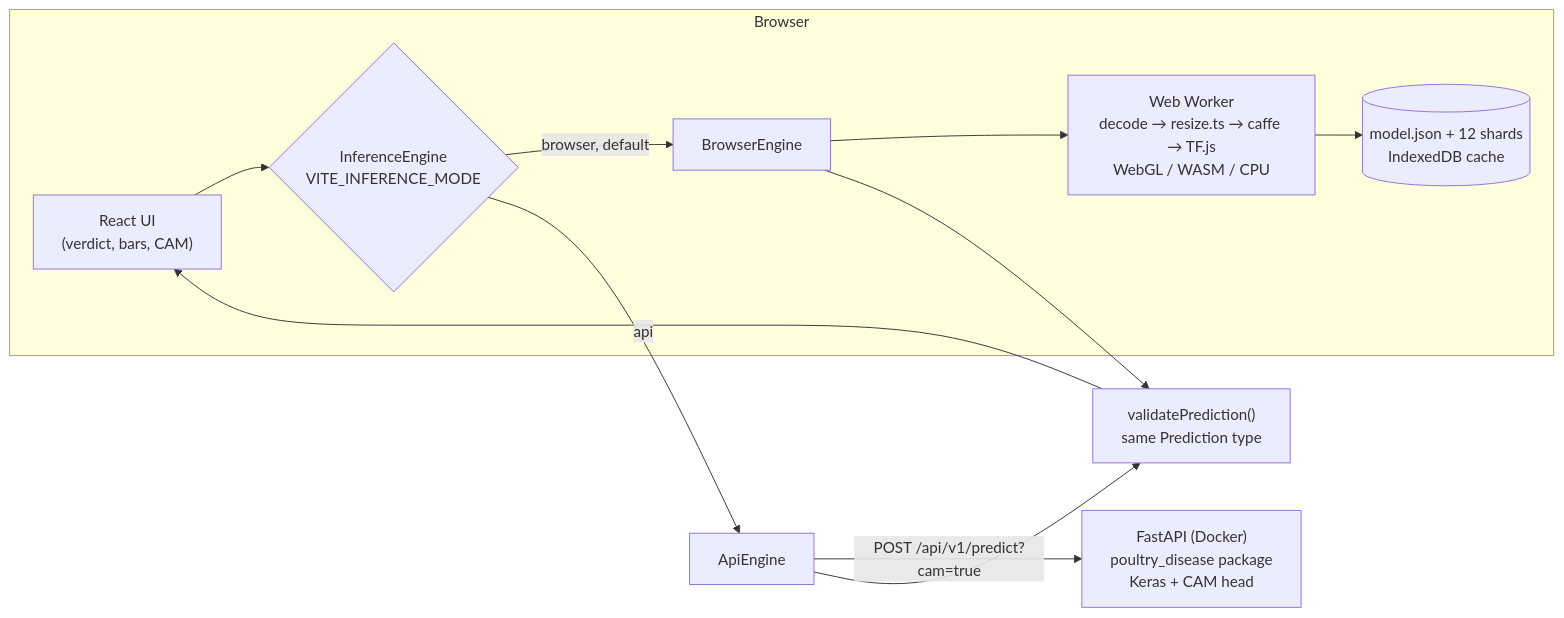
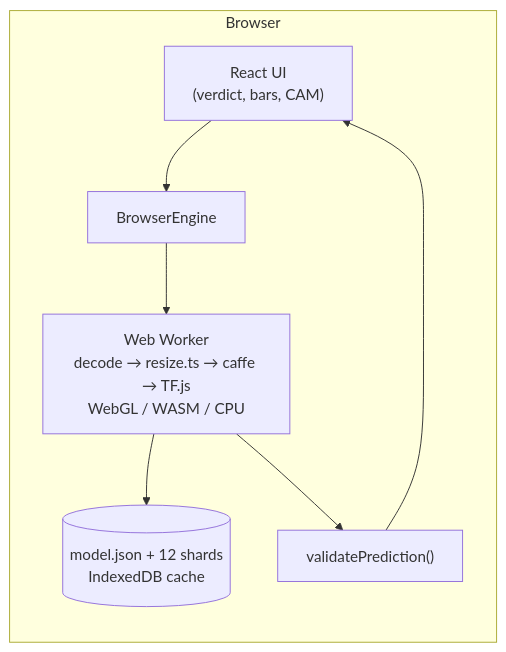
Before and after one commit to peerzadarabet1807/poultry-disease-detection: the second of 2 diagrams in README.md, drawn with Mermaid. The commit also changed other lines of this file and 4 other files, not shown here.

````diff
--- a/README.md
+++ b/README.md
@@ -348,13 +348,10 @@
 ```mermaid
 flowchart LR
   subgraph Browser
-    UI["React UI<br/>(verdict, bars, CAM)"] --> E{"InferenceEngine<br/>VITE_INFERENCE_MODE"}
-    E -->|browser, default| BE["BrowserEngine"]
+    UI["React UI<br/>(verdict, bars, CAM)"] --> BE["BrowserEngine"]
     BE --> W["Web Worker<br/>decode → resize.ts → caffe → TF.js<br/>WebGL / WASM / CPU"]
     W --> M[("model.json + 12 shards<br/>IndexedDB cache")]
+    W --> V["validatePrediction()"]
+    V --> UI
   end
-  E -->|api| AE["ApiEngine"]
-  AE -->|POST /api/v1/predict?cam=true| API["FastAPI (Docker)<br/>poultry_disease package<br/>Keras + CAM head"]
-  BE & AE --> V["validatePrediction()<br/>same Prediction type"]
-  V --> UI
 ```
````
